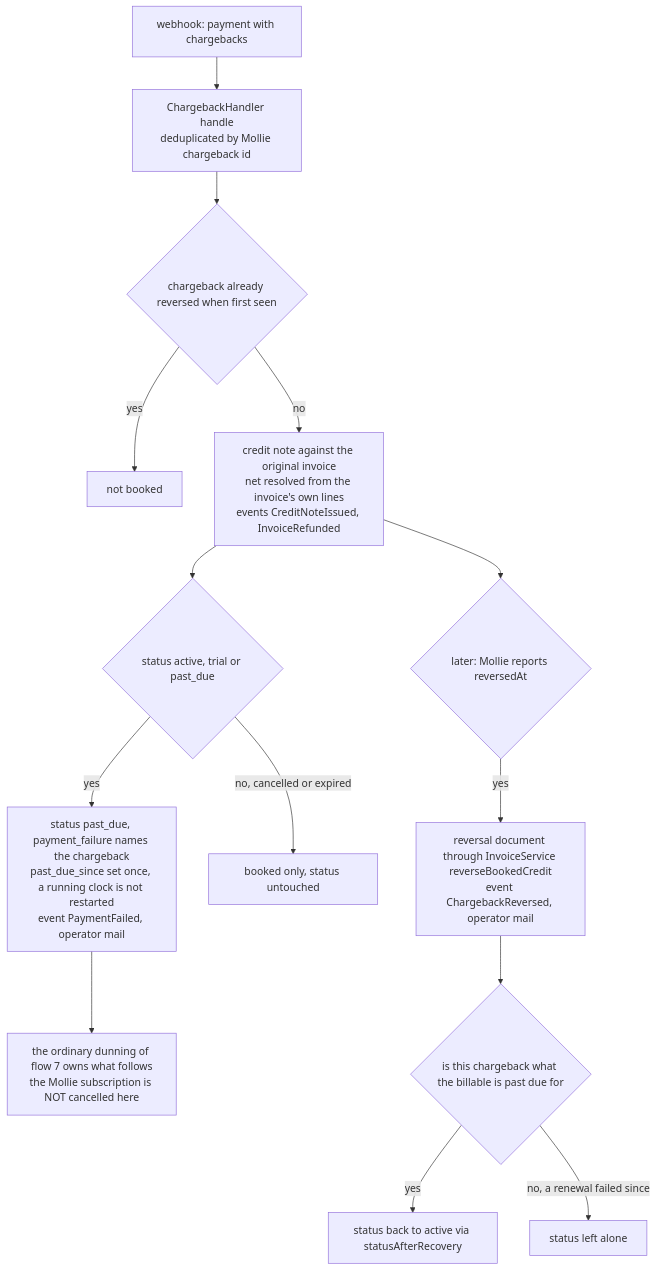
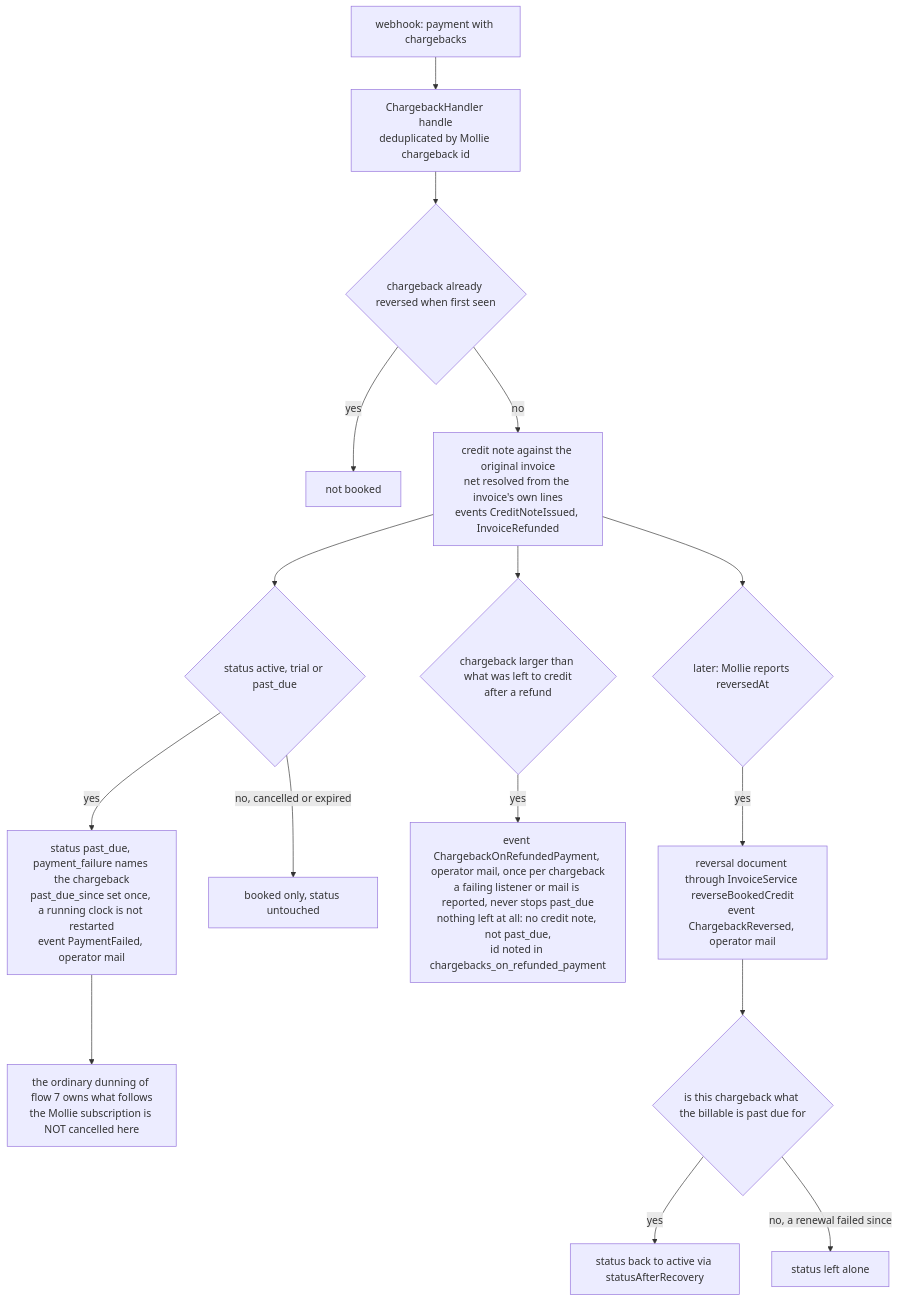
Before and after one commit to GraystackIT/laravel-mollie-billing: diagram 25 of 29 in docs/flows.md, drawn with Mermaid. The commit also changed other lines of this file and 256 other files, not shown here.

````diff
--- a/docs/flows.md
+++ b/docs/flows.md
@@ -1266,16 +1439,18 @@
 ```mermaid
 flowchart TD
     A["webhook: payment with chargebacks"] --> B["ChargebackHandler handle<br/>deduplicated by Mollie chargeback id"]
     B --> C{"chargeback already reversed when first seen"}
     C -->|"yes"| D["not booked"]
     C -->|"no"| E["credit note against the original invoice<br/>net resolved from the invoice's own lines<br/>events CreditNoteIssued, InvoiceRefunded"]
     E --> F{"status active, trial or past_due"}
     F -->|"yes"| G["status past_due, payment_failure names the chargeback<br/>past_due_since set once, a running clock is not restarted<br/>event PaymentFailed, operator mail"]
     F -->|"no, cancelled or expired"| I["booked only, status untouched"]
+    E --> R{"chargeback larger than what was left to credit<br/>after a refund"}
+    R -->|"yes"| S["event ChargebackOnRefundedPayment, operator mail, once per chargeback<br/>a failing listener or mail is reported, never stops past_due<br/>nothing left at all: no credit note, not past_due,<br/>id noted in chargebacks_on_refunded_payment"]
     G --> J["the ordinary dunning of flow 7 owns what follows<br/>the Mollie subscription is NOT cancelled here"]
     E --> K{"later: Mollie reports reversedAt"}
     K -->|"yes"| L["reversal document through InvoiceService reverseBookedCredit<br/>event ChargebackReversed, operator mail"]
     L --> M{"is this chargeback what the billable is past due for"}
     M -->|"yes"| N["status back to active via statusAfterRecovery"]
     M -->|"no, a renewal failed since"| O["status left alone"]
 ```
````
